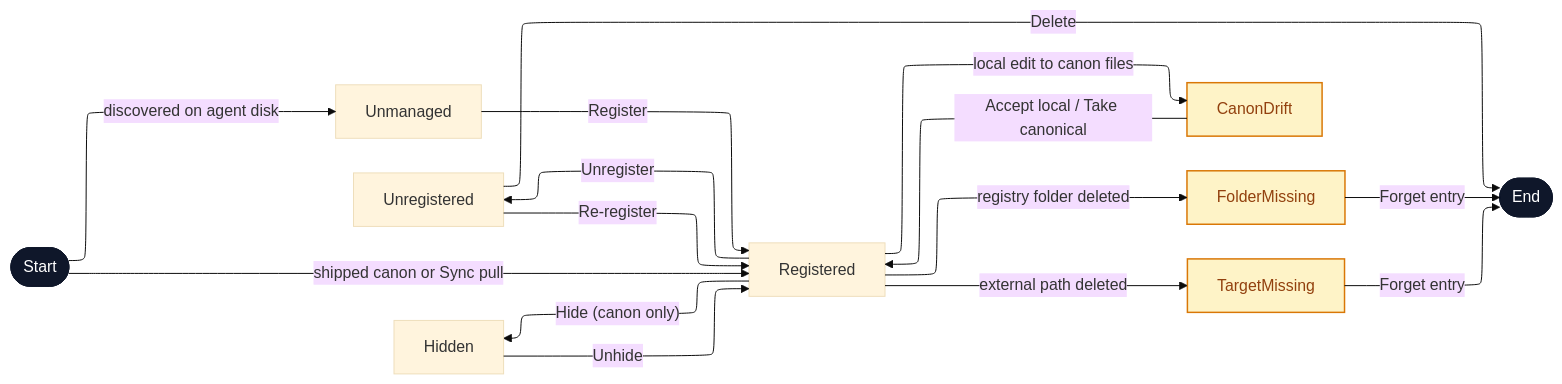
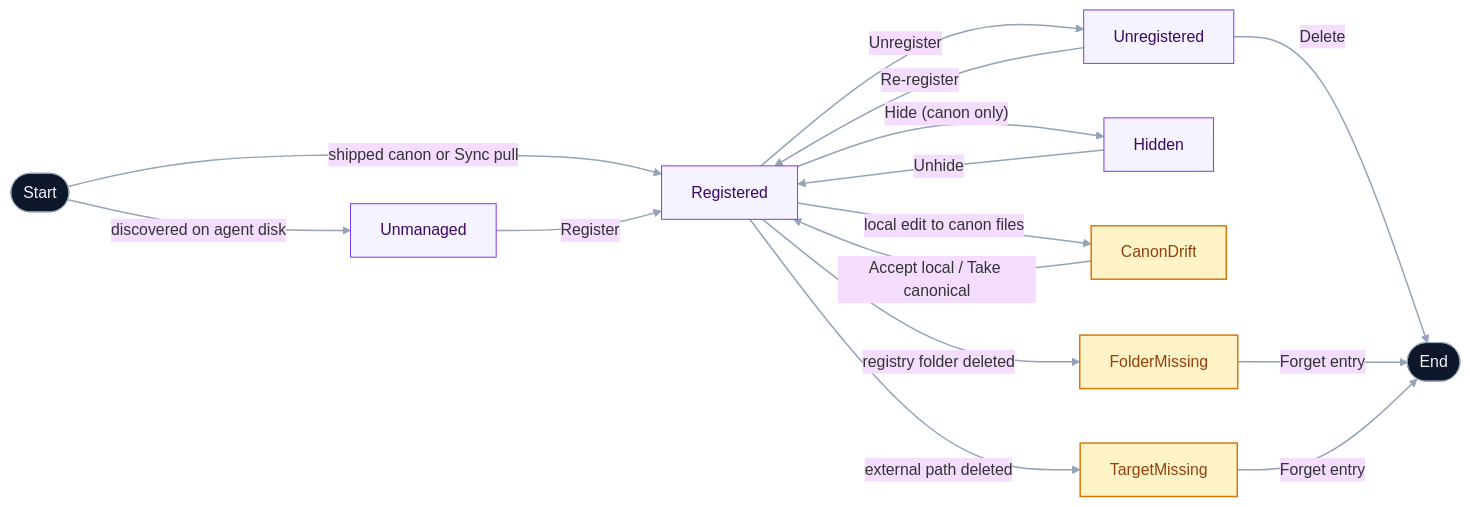
One commit to Tyler-Reagan/skills-bank changed the diagram in docs/concepts.md. Above: the diagram before and after it, drawn with Mermaid.

Commit message:
docs(concepts): drop ELK; explicit linkStyle for visible edges
The ELK layout config caused GitHub's Mermaid renderer to drop
arrowheads entirely — the diagram showed nodes and labels but no
connecting edges. Switching back to the default dagre layout restores
arrows.

Also add an explicit linkStyle so edges stay visible on dark backgrounds
(slate-400 stroke at 1.5px), and a state classDef so non-terminal,
non-heal nodes get a distinct violet-on-light fill instead of inheriting
the heal yellow.

````diff
--- a/docs/concepts.md
+++ b/docs/concepts.md
@@ -25,43 +25,50 @@
 ```mermaid
 ---
 config:
   theme: base
-  layout: elk
   flowchart:
-    nodeSpacing: 60
-    rankSpacing: 90
+    nodeSpacing: 55
+    rankSpacing: 85
     curve: basis
 ---
 flowchart LR
-    %% Lifecycle ladder. Heal-pending states (yellow) branch off Registered.
-    %% Rendered LR with ELK so the many transitions off Registered don't
-    %% collide on label placement.
+    %% Lifecycle ladder; heal-pending states branch off Registered.
+    %% Dagre layout (Mermaid default). ELK was tried but drops arrowheads
+    %% in GitHub's Mermaid build, so we stick with dagre and lean on
+    %% flowchart LR + spacing to keep labels readable.
 
     classDef heal fill:#fef3c7,stroke:#d97706,color:#92400e,stroke-width:1.5px
-    classDef terminal fill:#0f172a,stroke:#0f172a,color:#fff
+    classDef terminal fill:#0f172a,stroke:#94a3b8,color:#f1f5f9
+    classDef state fill:#f5f3ff,stroke:#7c3aed,color:#3b0764
 
     Start([Start]):::terminal
     Done([End]):::terminal
+    Unmanaged:::state
+    Registered:::state
+    Unregistered:::state
+    Hidden:::state
 
     %% Lifecycle ladder
     Start -->|"discovered on agent disk"| Unmanaged
     Start -->|"shipped canon or Sync pull"| Registered
     Unmanaged -->|"Register"| Registered
     Registered -->|"Unregister"| Unregistered
     Unregistered -->|"Re-register"| Registered
     Unregistered -->|"Delete"| Done
 
     %% Canon-only attribute toggle
     Registered -->|"Hide (canon only)"| Hidden
     Hidden -->|"Unhide"| Registered
 
     %% Heal-pending side states — see flows/heal.md
     Registered -->|"local edit to canon files"| CanonDrift
     CanonDrift -->|"Accept local / Take canonical"| Registered
     Registered -->|"registry folder deleted"| FolderMissing
     FolderMissing -->|"Forget entry"| Done
     Registered -->|"external path deleted"| TargetMissing
     TargetMissing -->|"Forget entry"| Done
 
     class CanonDrift,FolderMissing,TargetMissing heal
+
+    linkStyle default stroke:#94a3b8,stroke-width:1.5px,fill:none
 ```
````
